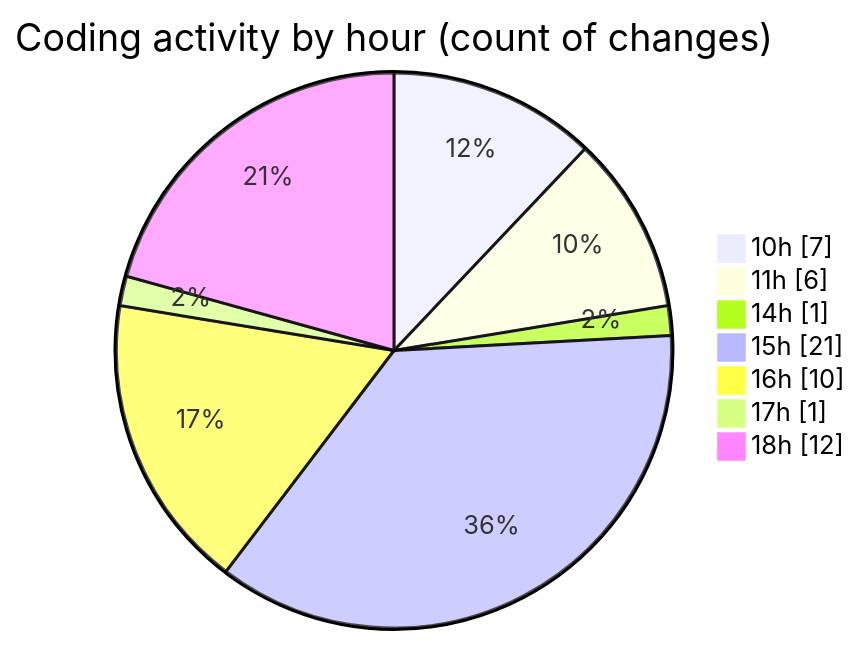
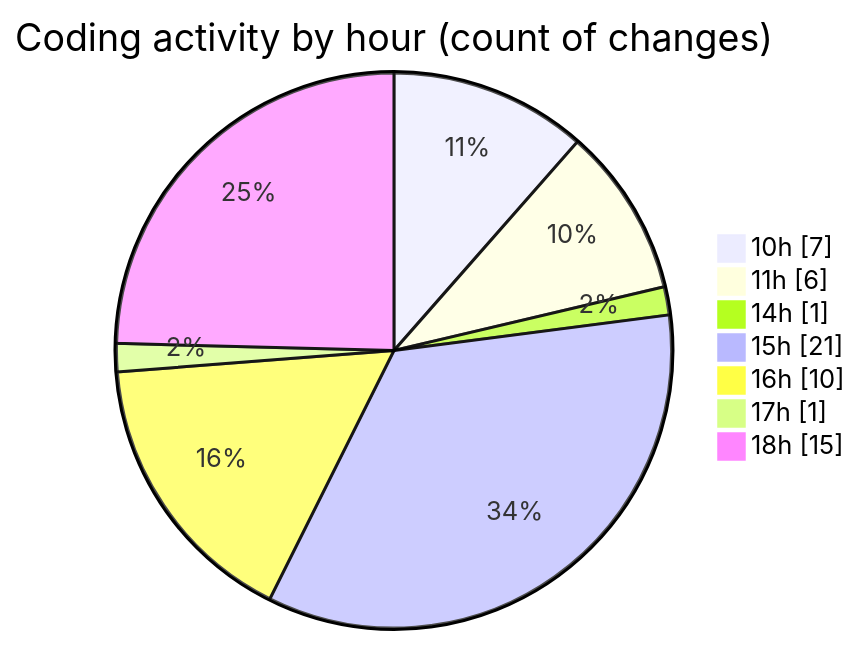
The second of 2 diagrams in 2025-11-18/nxtqube_webapp/README.md (nxtqubesakshisongat/code-tracking), drawn with Mermaid before and after one commit. The commit also changed other lines of this file and 1 other file, not shown here.

````diff
--- a/2025-11-18/nxtqube_webapp/README.md
+++ b/2025-11-18/nxtqube_webapp/README.md
@@ -34,11 +36,11 @@
 ```mermaid
 pie showData
 title Coding activity by hour (count of changes)
 "10h" : 7
 "11h" : 6
 "14h" : 1
 "15h" : 21
 "16h" : 10
 "17h" : 1
-"18h" : 12
+"18h" : 15
 ```
````
